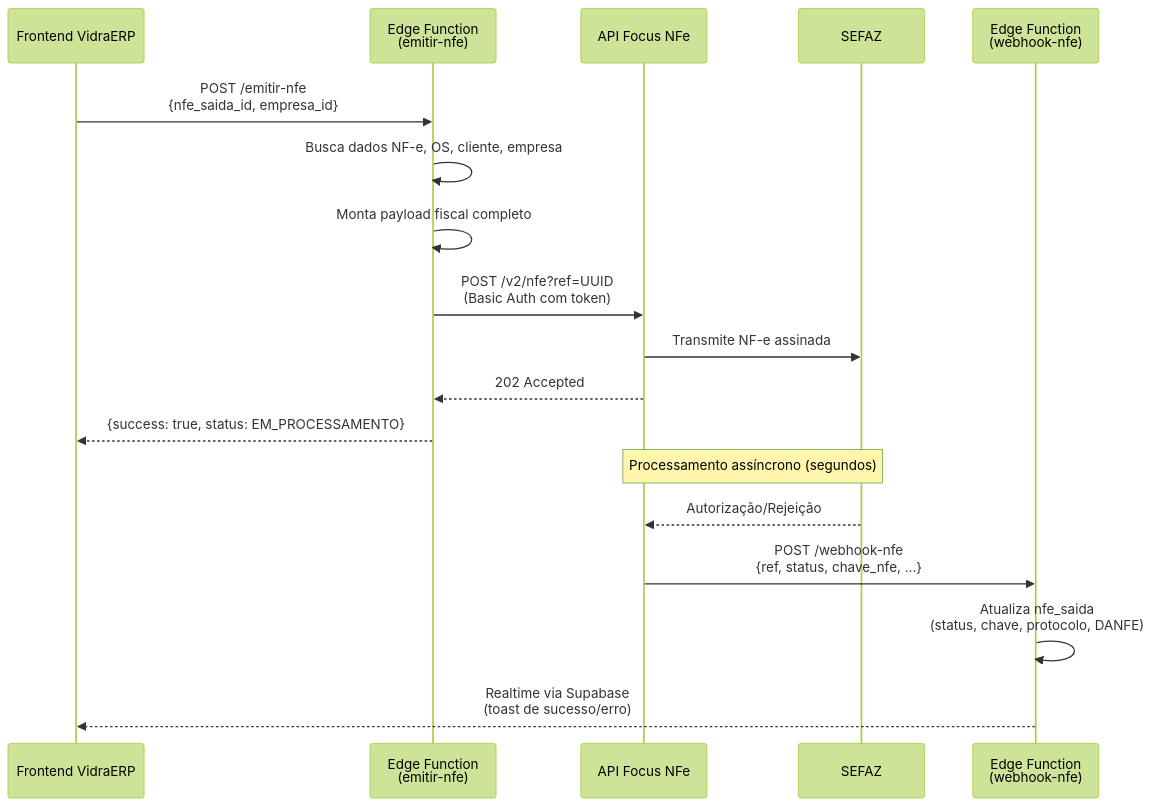
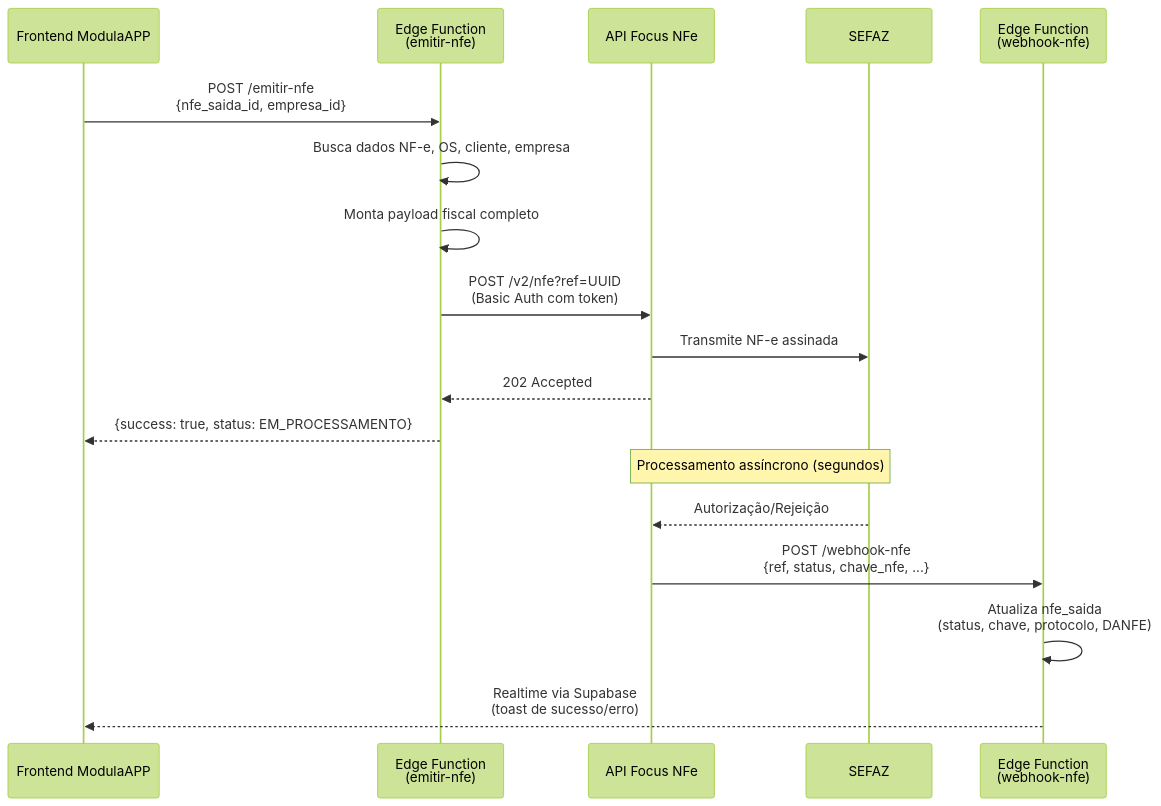
One commit to jairosouza67/Modula changed the diagram in docs/analise_fiscal_focus_vs_clipstore.md. Above: the diagram before and after it, drawn with Mermaid (forest theme). The commit also changed 95 other files, not shown here.

Commit message:
refactor: rebrand project to ModulaAPP and add legacy localStorage migration

````diff
--- a/docs/analise_fiscal_focus_vs_clipstore.md
+++ b/docs/analise_fiscal_focus_vs_clipstore.md
@@ -43,23 +43,23 @@
 ```mermaid
 sequenceDiagram
-    participant UI as Frontend VidraERP
+    participant UI as Frontend ModulaAPP
     participant EF as Edge Function<br>(emitir-nfe)
     participant Focus as API Focus NFe
     participant SEFAZ as SEFAZ
     participant WH as Edge Function<br>(webhook-nfe)
     
     UI->>EF: POST /emitir-nfe<br>{nfe_saida_id, empresa_id}
     EF->>EF: Busca dados NF-e, OS, cliente, empresa
     EF->>EF: Monta payload fiscal completo
     EF->>Focus: POST /v2/nfe?ref=UUID<br>(Basic Auth com token)
     Focus->>SEFAZ: Transmite NF-e assinada
     Focus-->>EF: 202 Accepted
     EF-->>UI: {success: true, status: EM_PROCESSAMENTO}
     
     Note over SEFAZ,Focus: Processamento assíncrono (segundos)
     
     SEFAZ-->>Focus: Autorização/Rejeição
     Focus->>WH: POST /webhook-nfe<br>{ref, status, chave_nfe, ...}
     WH->>WH: Atualiza nfe_saida<br>(status, chave, protocolo, DANFE)
     WH-->>UI: Realtime via Supabase<br>(toast de sucesso/erro)
 ```
````
